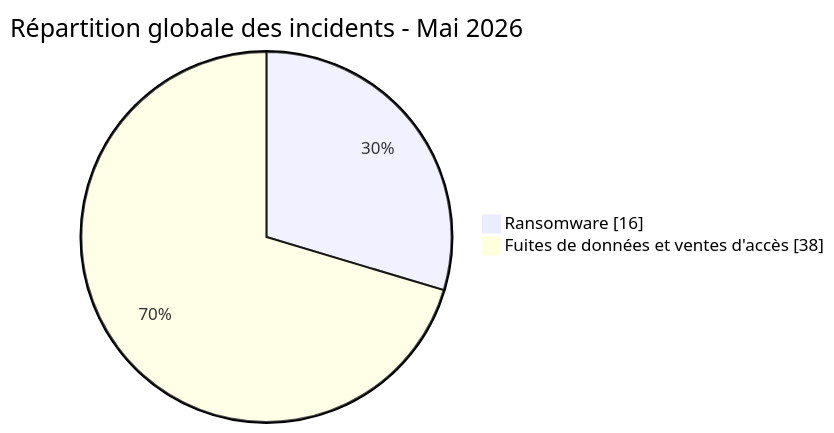
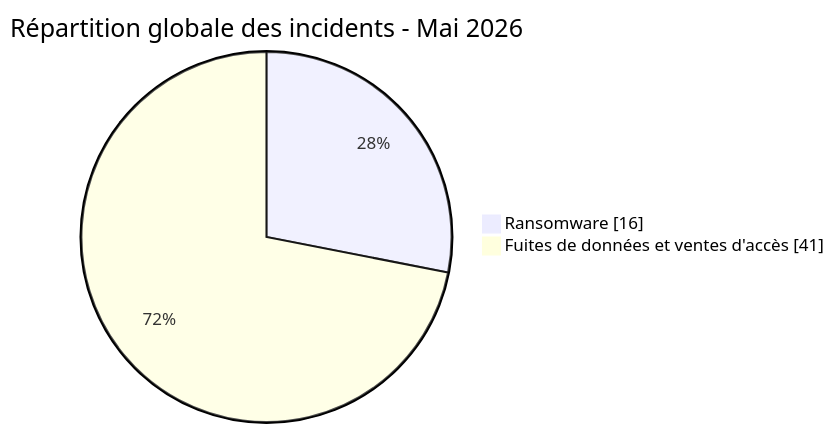
Before and after one commit to Hatchepsoute/AFRINTEL: the first of 7 diagrams in statistics/2026/05-may/README_FR.md, drawn with Mermaid. The commit also changed other lines of this file and 28 other files, not shown here.

````diff
--- a/statistics/2026/05-may/README_FR.md
+++ b/statistics/2026/05-may/README_FR.md
@@ -44,6 +44,6 @@
 ```mermaid
 pie showData
     title Répartition globale des incidents - Mai 2026
     "Ransomware" : 16
-    "Fuites de données et ventes d'accès" : 38
+    "Fuites de données et ventes d'accès" : 41
 ```
````
